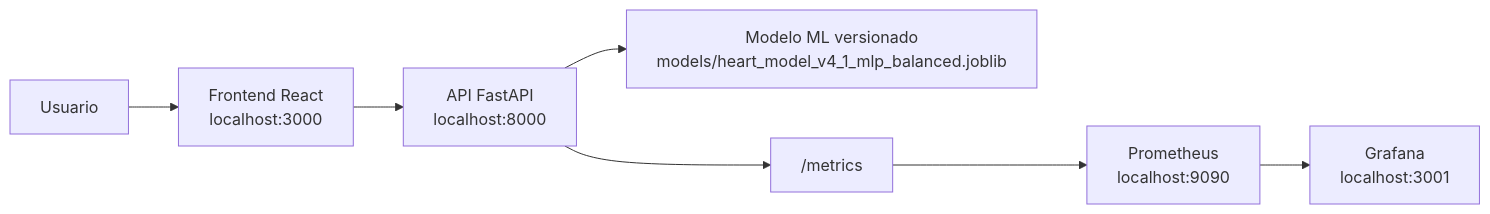
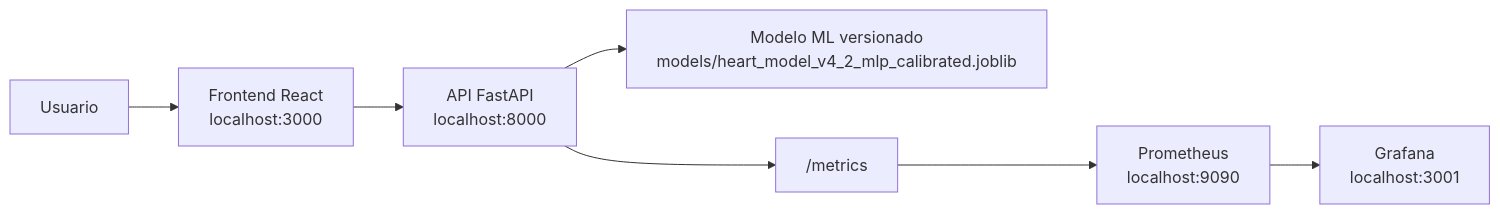
The first of 3 diagrams in README.md (marichu-kt/heart-disease-mlops), drawn with Mermaid before and after one commit. The commit also changed other lines of this file and 15 other files, not shown here.

````diff
--- a/README.md
+++ b/README.md
@@ -130,9 +130,9 @@
 ```mermaid
 flowchart LR
     Usuario["Usuario"] --> Frontend["Frontend React<br/>localhost:3000"]
     Frontend --> API["API FastAPI<br/>localhost:8000"]
-    API --> Modelo["Modelo ML versionado<br/>models/heart_model_v4_1_mlp_balanced.joblib"]
+    API --> Modelo["Modelo ML versionado<br/>models/heart_model_v4_2_mlp_calibrated.joblib"]
     API --> Metrics["/metrics"]
     Metrics --> Prometheus["Prometheus<br/>localhost:9090"]
     Prometheus --> Grafana["Grafana<br/>localhost:3001"]
 ```
````
